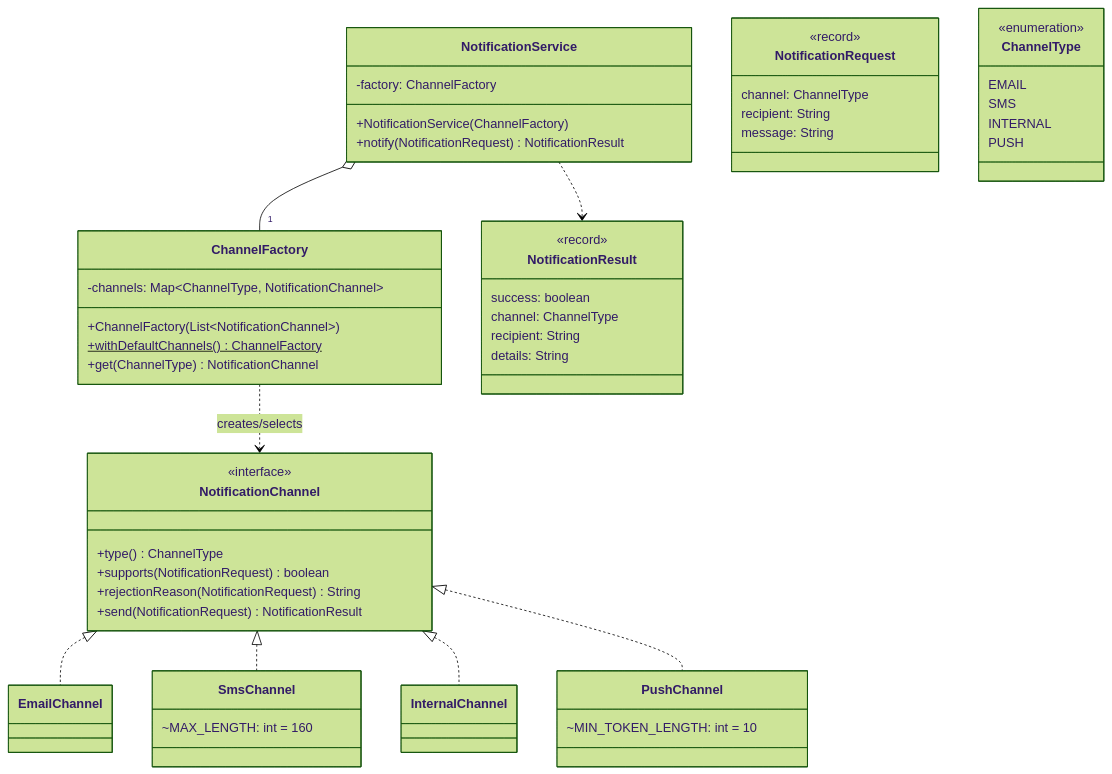
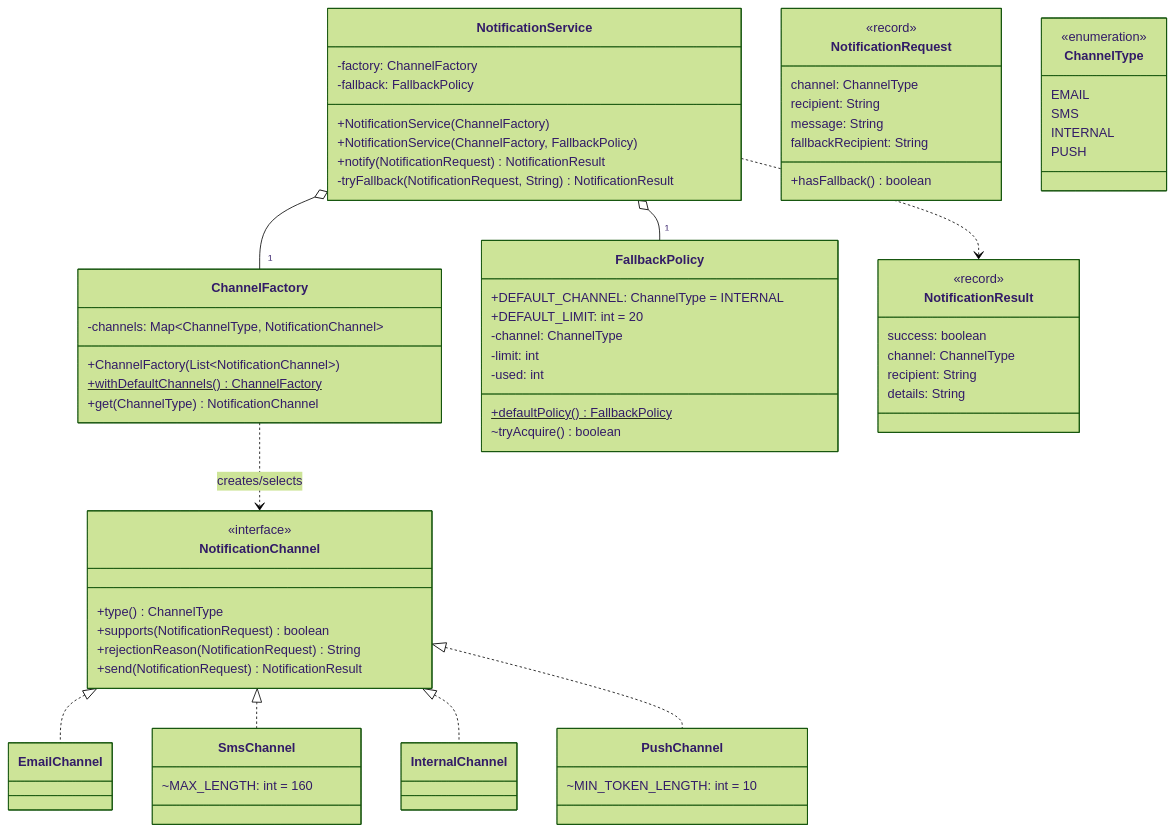
Before and after one commit to f1shi/java-practice: the second of 2 diagrams in pr15/README.md, drawn with Mermaid (forest theme). The commit also changed other lines of this file and 68 other files, not shown here.

````diff
--- a/pr15/README.md
+++ b/pr15/README.md
@@ -53,56 +62,71 @@
 ```mermaid
 classDiagram
     class NotificationChannel {
         <<interface>>
         +type() ChannelType
         +supports(NotificationRequest) boolean
         +rejectionReason(NotificationRequest) String
         +send(NotificationRequest) NotificationResult
     }
     class EmailChannel
     class SmsChannel {
         ~MAX_LENGTH: int = 160
     }
     class InternalChannel
     class PushChannel {
         ~MIN_TOKEN_LENGTH: int = 10
     }
     class ChannelFactory {
         -channels: Map~ChannelType, NotificationChannel~
         +ChannelFactory(List~NotificationChannel~)
         +withDefaultChannels()$ ChannelFactory
         +get(ChannelType) NotificationChannel
     }
     class NotificationService {
         -factory: ChannelFactory
+        -fallback: FallbackPolicy
         +NotificationService(ChannelFactory)
+        +NotificationService(ChannelFactory, FallbackPolicy)
         +notify(NotificationRequest) NotificationResult
+        -tryFallback(NotificationRequest, String) NotificationResult
+    }
+    class FallbackPolicy {
+        +DEFAULT_CHANNEL: ChannelType = INTERNAL
+        +DEFAULT_LIMIT: int = 20
+        -channel: ChannelType
+        -limit: int
+        -used: int
+        +defaultPolicy()$ FallbackPolicy
+        ~tryAcquire() boolean
     }
     class NotificationRequest {
         <<record>>
         channel: ChannelType
         recipient: String
         message: String
+        fallbackRecipient: String
+        +hasFallback() boolean
     }
     class NotificationResult {
         <<record>>
         success: boolean
         channel: ChannelType
         recipient: String
         details: String
     }
     class ChannelType {
         <<enumeration>>
         EMAIL
         SMS
         INTERNAL
         PUSH
     }
     NotificationChannel <|.. EmailChannel
     NotificationChannel <|.. SmsChannel
     NotificationChannel <|.. InternalChannel
     NotificationChannel <|.. PushChannel
     NotificationService o-- "1" ChannelFactory
+    NotificationService o-- "1" FallbackPolicy
     ChannelFactory ..> NotificationChannel : creates/selects
     NotificationService ..> NotificationResult
 ```
````
